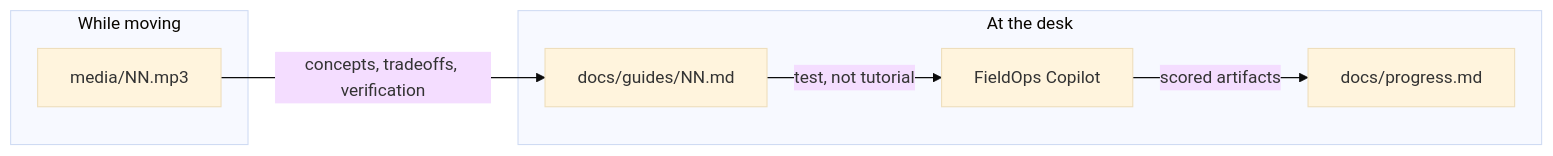
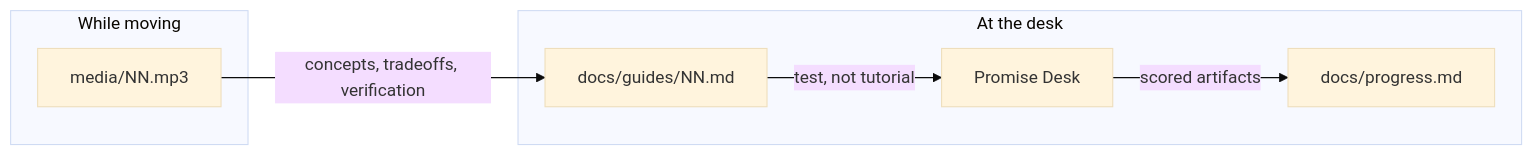
Before and after one commit to Kuu44/fullstack-in-audio: the third of 6 diagrams in README.md, drawn with Mermaid (base theme). The commit also changed other lines of this file and 15 other files, not shown here.

First line of the commit message:
Retarget chapter 1 onto Mato Crafts and Promise Desk.

````diff
--- a/README.md
+++ b/README.md
@@ -88,14 +88,14 @@
 ```mermaid
 flowchart LR
   subgraph listen [While moving]
     A[media/NN.mp3]
   end
   subgraph desk [At the desk]
     B[docs/guides/NN.md]
-    C[FieldOps Copilot]
+    C[Promise Desk]
     D[docs/progress.md]
   end
   A -->|concepts, tradeoffs, verification| B
   B -->|test, not tutorial| C
   C -->|scored artifacts| D
 ```
````
